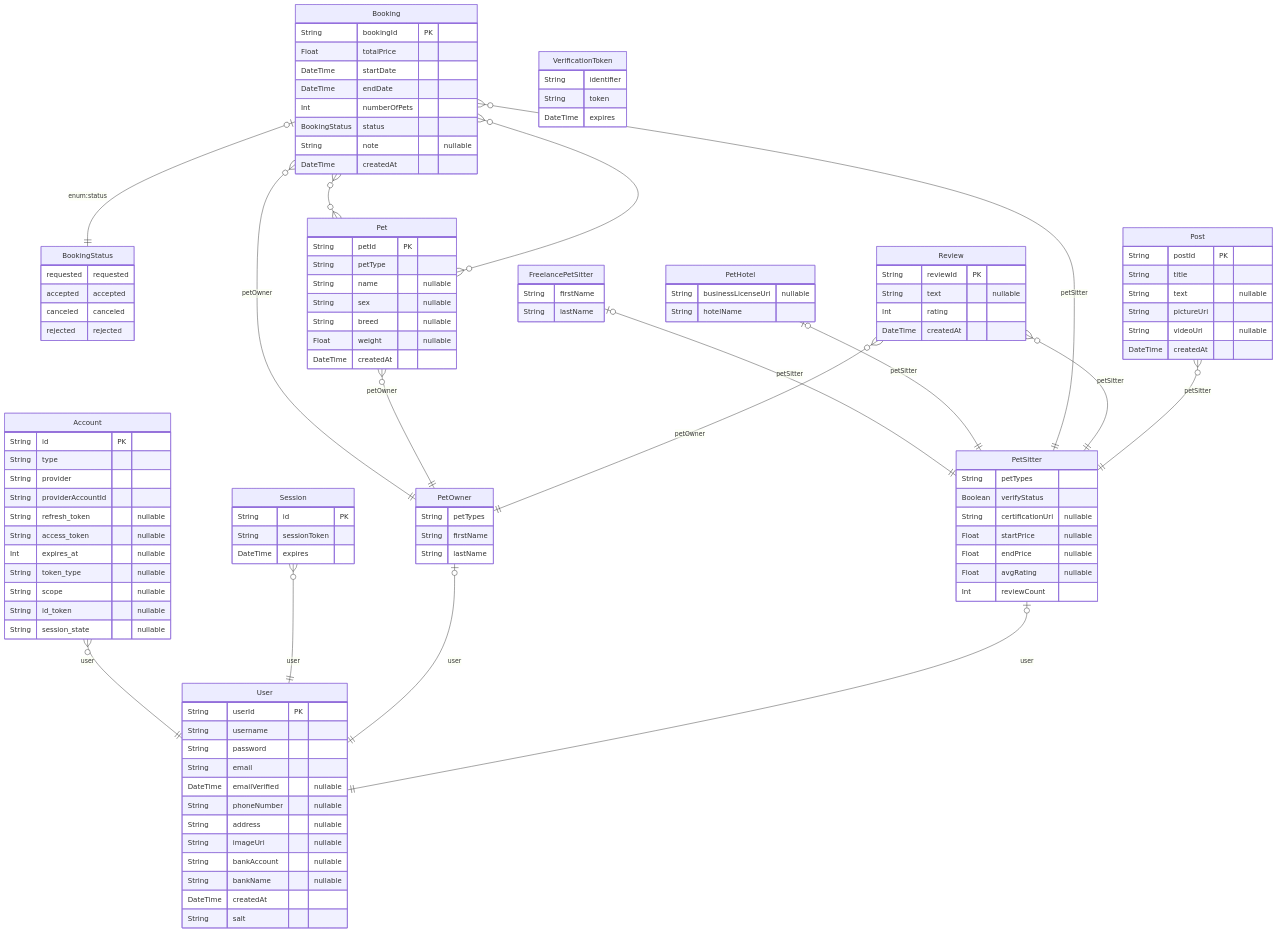
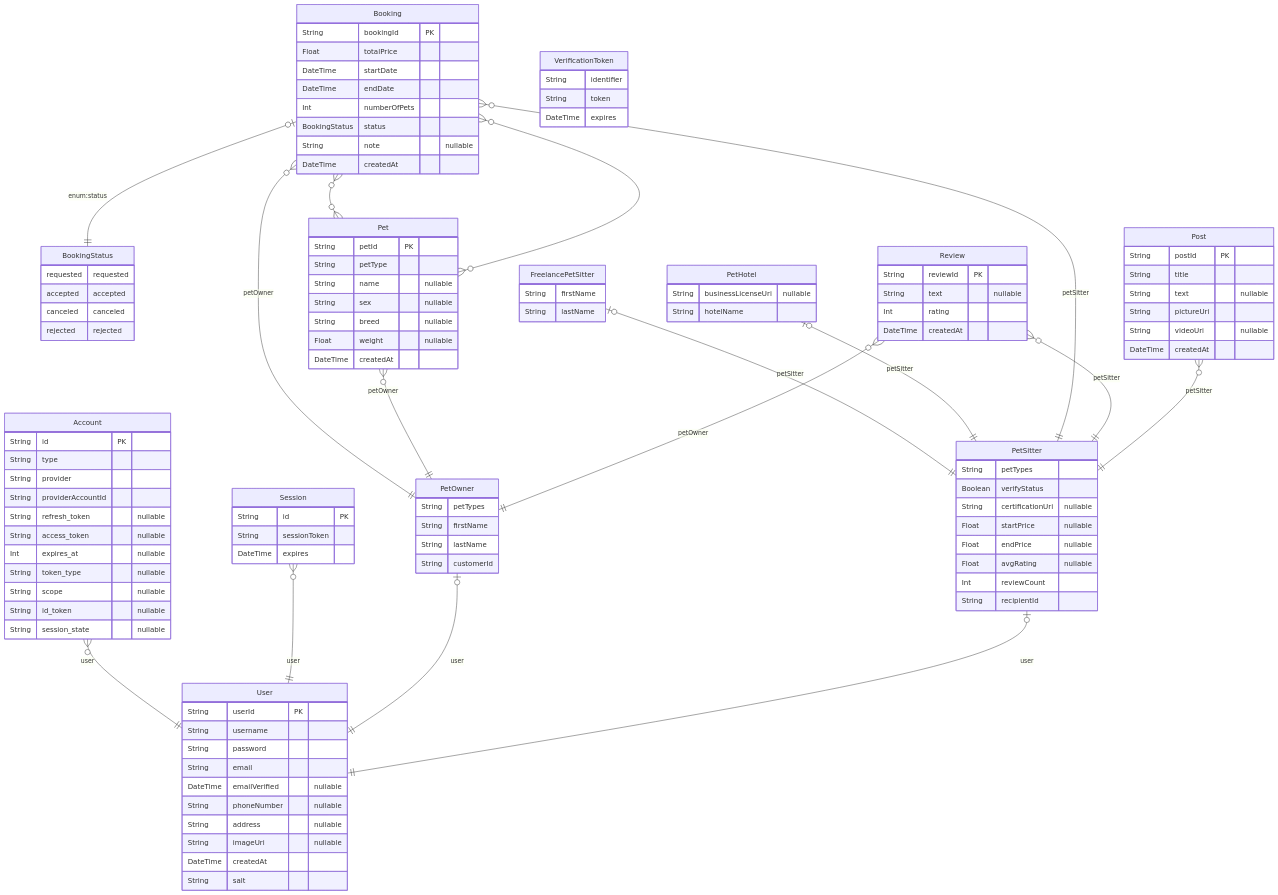
One commit to 2110336-2565-2/sec33-group2-wigglepaw changed the diagram in docs/erd.md. Above: the diagram before and after it, drawn with Mermaid. The commit also changed 3 other files, not shown here.

Commit message:
🗃️ Add Omise related schema

```diff
--- a/docs/erd.md
+++ b/docs/erd.md
@@ -39,8 +39,6 @@
     String phoneNumber  "nullable"
     String address  "nullable"
     String imageUri  "nullable"
-    String bankAccount  "nullable"
-    String bankName  "nullable"
     DateTime createdAt  
     String salt  
     }
@@ -50,6 +48,7 @@
     String petTypes  
     String firstName  
     String lastName  
+    String customerId  
     }
   
 
@@ -61,6 +60,7 @@
     Float endPrice  "nullable"
     Float avgRating  "nullable"
     Int reviewCount  
+    String recipientId  
     }
   
 
```
